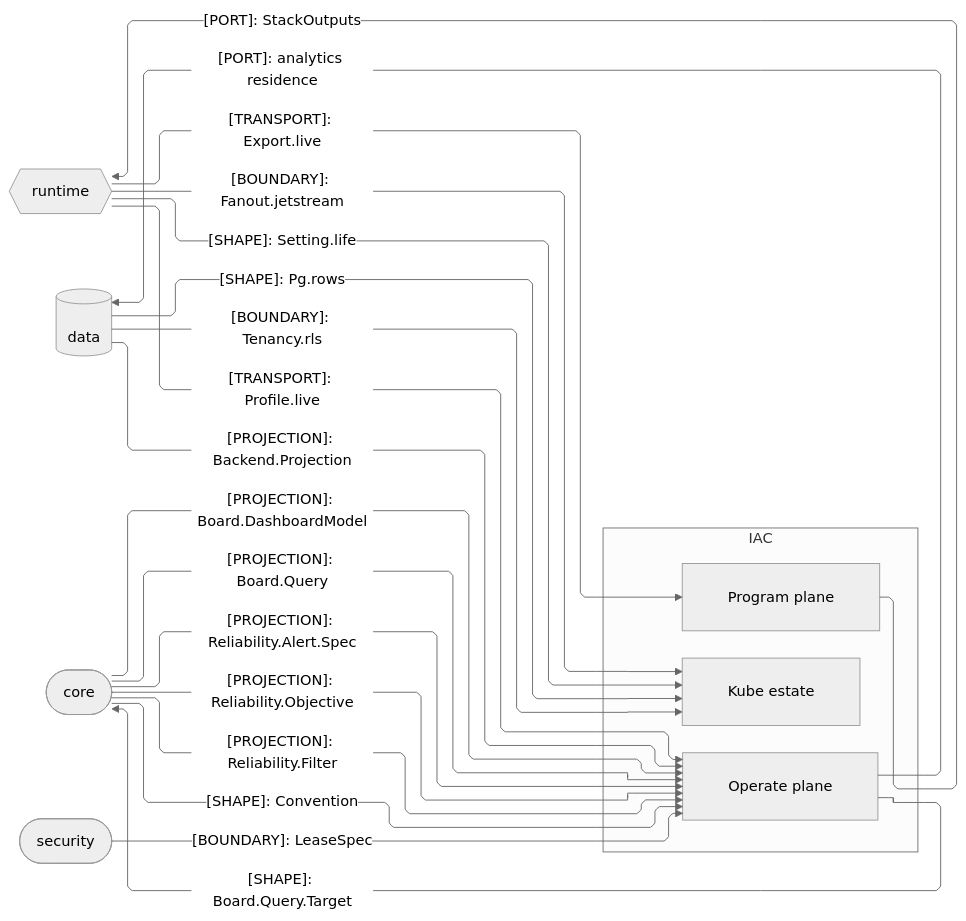
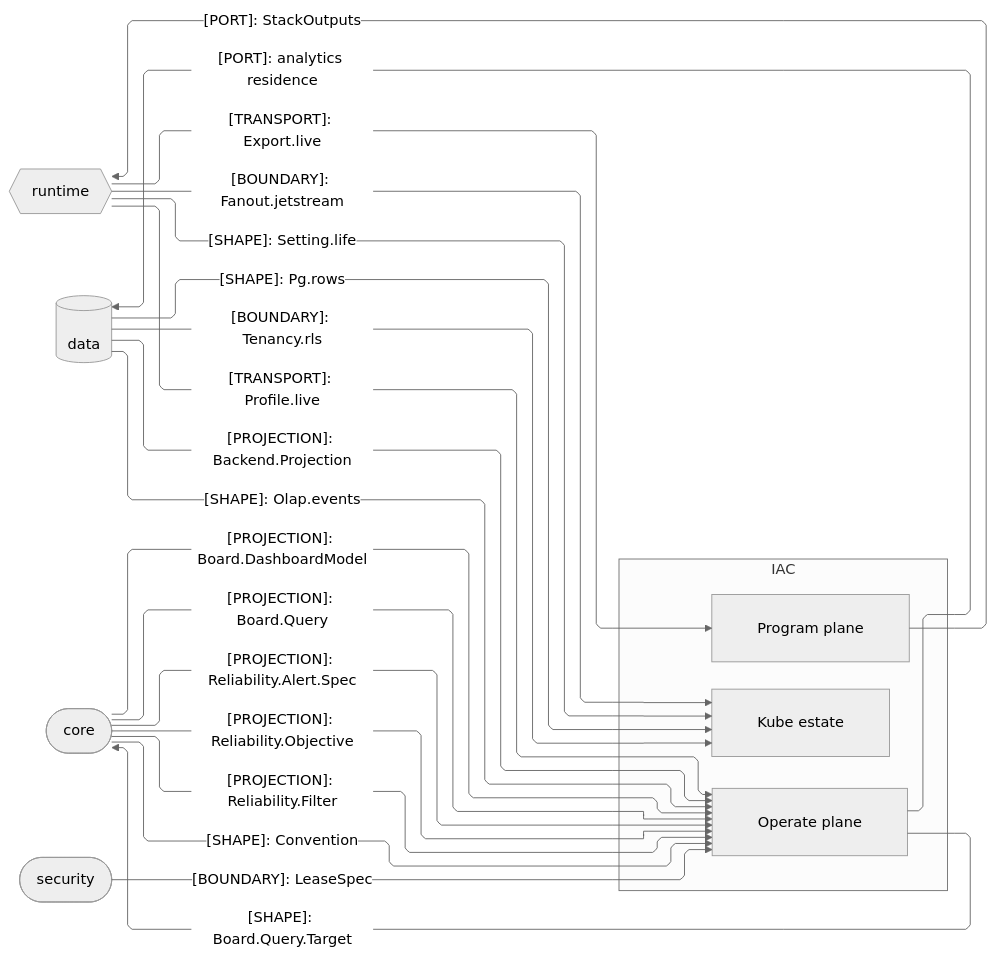
The second of 3 diagrams in libs/typescript/iac/ARCHITECTURE.md (bsamiee/Rasm), drawn with Mermaid (neutral theme) before and after one commit. The commit also changed 272 other files, not shown here.

````diff
--- a/libs/typescript/iac/ARCHITECTURE.md
+++ b/libs/typescript/iac/ARCHITECTURE.md
@@ -80,38 +80,39 @@
 ```mermaid
 ---
 config:
   layout: elk
   flowchart:
     curve: linear
     padding: 25
 ---
 flowchart LR
     accTitle: IaC package seam registry
     accDescr: IaC owners exchanging stack outputs, data-plane shapes, board packs, and lease custody with runtime, data, core, and security.
     subgraph iac[IAC]
         Program[Program plane]
         Operate[Operate plane]
         Kube[Kube estate]
     end
     Runtime{{runtime}}
     Data[(data)]
     Core([core])
     Security([security])
     Program e1@-->|"[PORT]: StackOutputs"| Runtime
     Data e2@-->|"[SHAPE]: Pg.rows"| Kube
     Data e3@-->|"[BOUNDARY]: Tenancy.rls"| Kube
     Data e4@-->|"[PROJECTION]: Backend.Projection"| Operate
+    Data e18@-->|"[SHAPE]: Olap.events"| Operate
     Runtime e5@-->|"[BOUNDARY]: Fanout.jetstream"| Kube
     Runtime e6@-->|"[SHAPE]: Setting.life"| Kube
     Runtime e7@-->|"[TRANSPORT]: Export.live"| Program
     Runtime e8@-->|"[TRANSPORT]: Profile.live"| Operate
     Core e9@-->|"[PROJECTION]: Board.DashboardModel"| Operate
     Core e10@-->|"[PROJECTION]: Board.Query"| Operate
     Core e11@-->|"[PROJECTION]: Reliability.Alert.Spec"| Operate
     Core e12@-->|"[PROJECTION]: Reliability.Objective"| Operate
     Core e13@-->|"[PROJECTION]: Reliability.Filter"| Operate
     Core e14@-->|"[SHAPE]: Convention"| Operate
     Security e15@-->|"[BOUNDARY]: LeaseSpec"| Operate
     Operate e16@-->|"[PORT]: analytics residence"| Data
     Operate e17@-->|"[SHAPE]: Board.Query.Target"| Core
 ```
````
